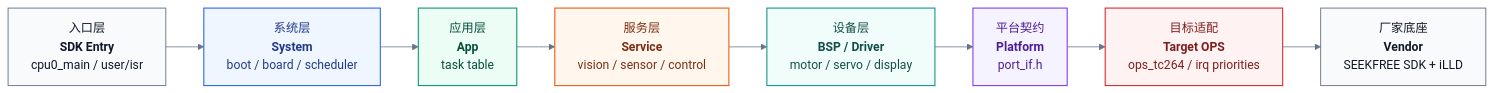
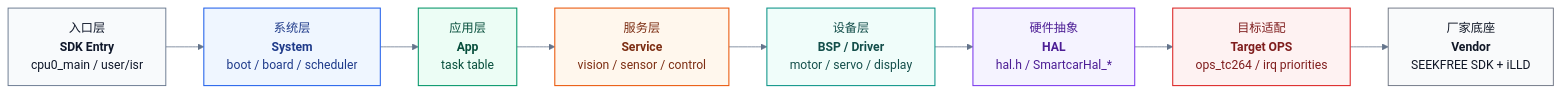
Before and after one commit to ParacosmYy/GS_Smart_car: the first of 2 diagrams in README.md, drawn with Mermaid. The commit also changed other lines of this file and 3 other files, not shown here.

````diff
--- a/README.md
+++ b/README.md
@@ -14,32 +14,32 @@
 ```mermaid
 %%{init: {"theme": "base", "themeVariables": {"fontFamily": "Inter, Microsoft YaHei, Arial", "primaryBorderColor": "#CBD5E1", "lineColor": "#64748B", "tertiaryColor": "#F8FAFC"}}}%%
 flowchart LR
     ENTRY["入口层<br/><b>SDK Entry</b><br/>cpu0_main / user/isr"]
     SYSTEM["系统层<br/><b>System</b><br/>boot / board / scheduler"]
     APP["应用层<br/><b>App</b><br/>task table"]
     SERVICE["服务层<br/><b>Service</b><br/>vision / sensor / control"]
     BSP["设备层<br/><b>BSP / Driver</b><br/>motor / servo / display"]
-    PLATFORM["平台契约<br/><b>Platform</b><br/>port_if.h"]
+    HAL["硬件抽象<br/><b>HAL</b><br/>hal.h / SmartcarHal_*"]
     TARGET["目标适配<br/><b>Target OPS</b><br/>ops_tc264 / irq priorities"]
     VENDOR["厂家底座<br/><b>Vendor</b><br/>SEEKFREE SDK + iLLD"]
 
-    ENTRY --> SYSTEM --> APP --> SERVICE --> BSP --> PLATFORM --> TARGET --> VENDOR
+    ENTRY --> SYSTEM --> APP --> SERVICE --> BSP --> HAL --> TARGET --> VENDOR
 
     classDef entry fill:#F8FAFC,stroke:#64748B,color:#0F172A,stroke-width:1.2px;
     classDef system fill:#EFF6FF,stroke:#2563EB,color:#1E3A8A,stroke-width:1.4px;
     classDef app fill:#ECFDF5,stroke:#059669,color:#064E3B,stroke-width:1.4px;
     classDef service fill:#FFF7ED,stroke:#EA580C,color:#7C2D12,stroke-width:1.4px;
     classDef bsp fill:#F0FDFA,stroke:#0D9488,color:#134E4A,stroke-width:1.4px;
-    classDef platform fill:#F5F3FF,stroke:#7C3AED,color:#4C1D95,stroke-width:1.4px;
+    classDef hal fill:#F5F3FF,stroke:#7C3AED,color:#4C1D95,stroke-width:1.4px;
     classDef target fill:#FEF2F2,stroke:#DC2626,color:#7F1D1D,stroke-width:1.4px;
     classDef vendor fill:#F9FAFB,stroke:#6B7280,color:#111827,stroke-width:1.2px;
 
     class ENTRY entry
     class SYSTEM system
     class APP app
     class SERVICE service
     class BSP bsp
-    class PLATFORM platform
+    class HAL hal
     class TARGET target
     class VENDOR vendor
 ```
````
